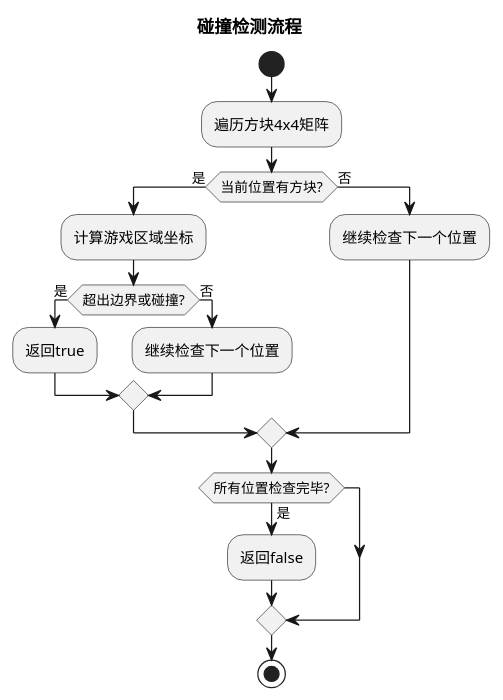
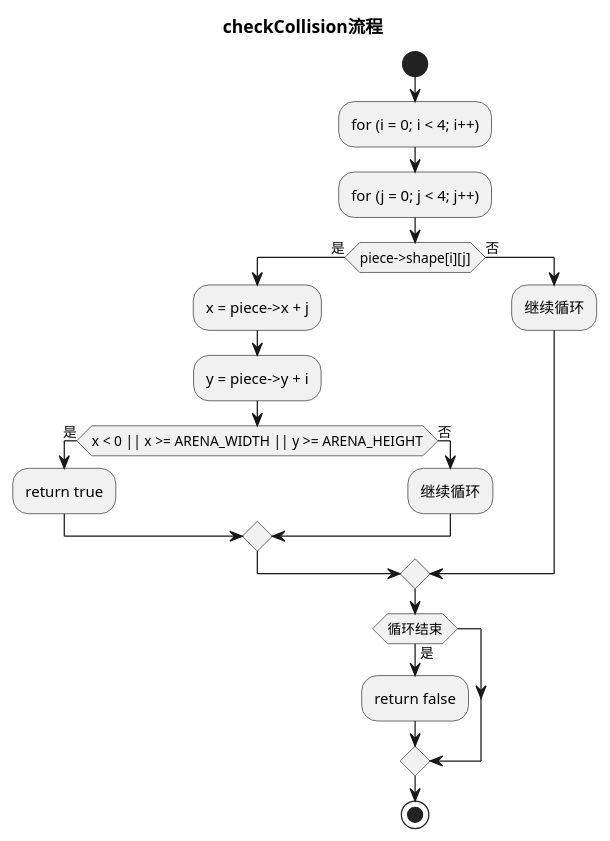
Before and after one commit to cmdblock/SDLTetris: the second of 4 diagrams in diagrams/main.puml, drawn with PlantUML. The commit also changed other lines of this file, not shown here.

Commit message:
refactor: Update UML diagrams with actual function calls and variables

```diff
--- a/diagrams/main.puml
+++ b/diagrams/main.puml
@@ -35,22 +36,24 @@
 @startuml
-title 碰撞检测流程
+title checkCollision流程
 
 start
-:遍历方块4x4矩阵;
-if (当前位置有方块?) then (是)
-  :计算游戏区域坐标;
-  if (超出边界或碰撞?) then (是)
-    :返回true;
+:for (i = 0; i < 4; i++);
+:for (j = 0; j < 4; j++);
+if (piece->shape[i][j]) then (是)
+  :x = piece->x + j;
+  :y = piece->y + i;
+  if (x < 0 || x >= ARENA_WIDTH || y >= ARENA_HEIGHT) then (是)
+    :return true;
   else (否)
-    :继续检查下一个位置;
+    :继续循环;
   endif
 else (否)
-  :继续检查下一个位置;
+  :继续循环;
 endif
 
-if (所有位置检查完毕?) then (是)
-  :返回false;
+if (循环结束) then (是)
+  :return false;
 endif
 stop
 
 @enduml
```
